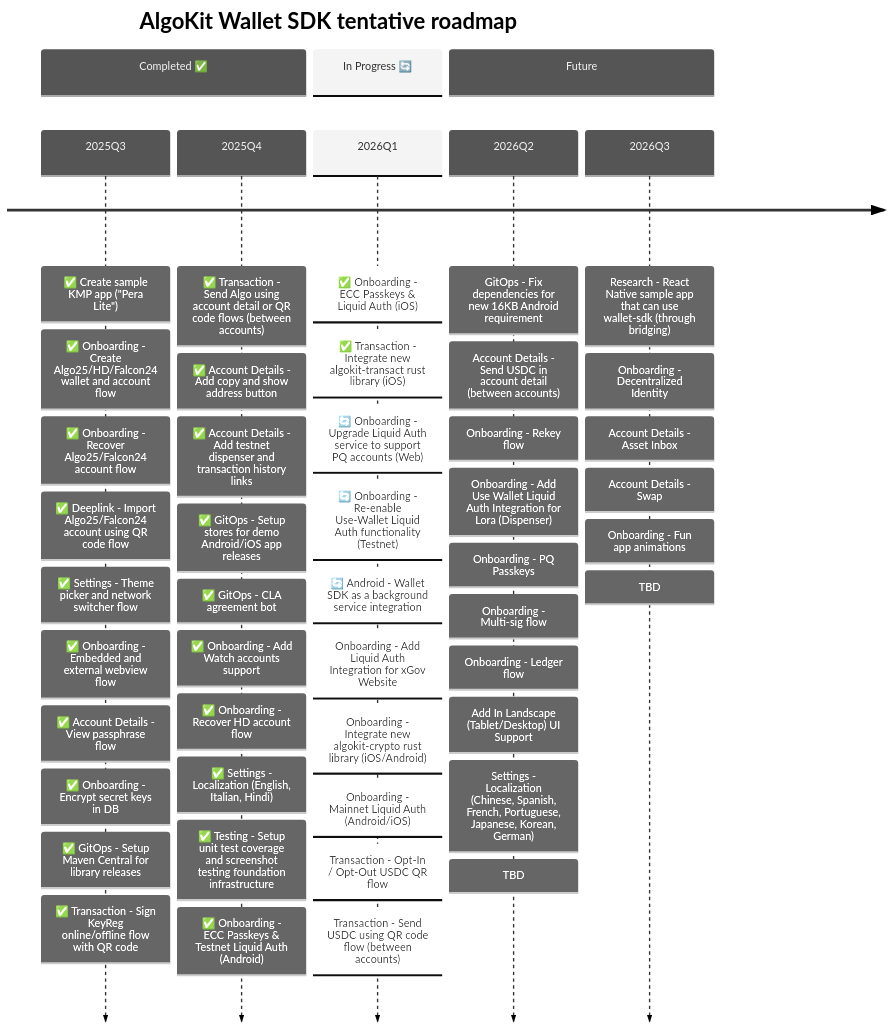
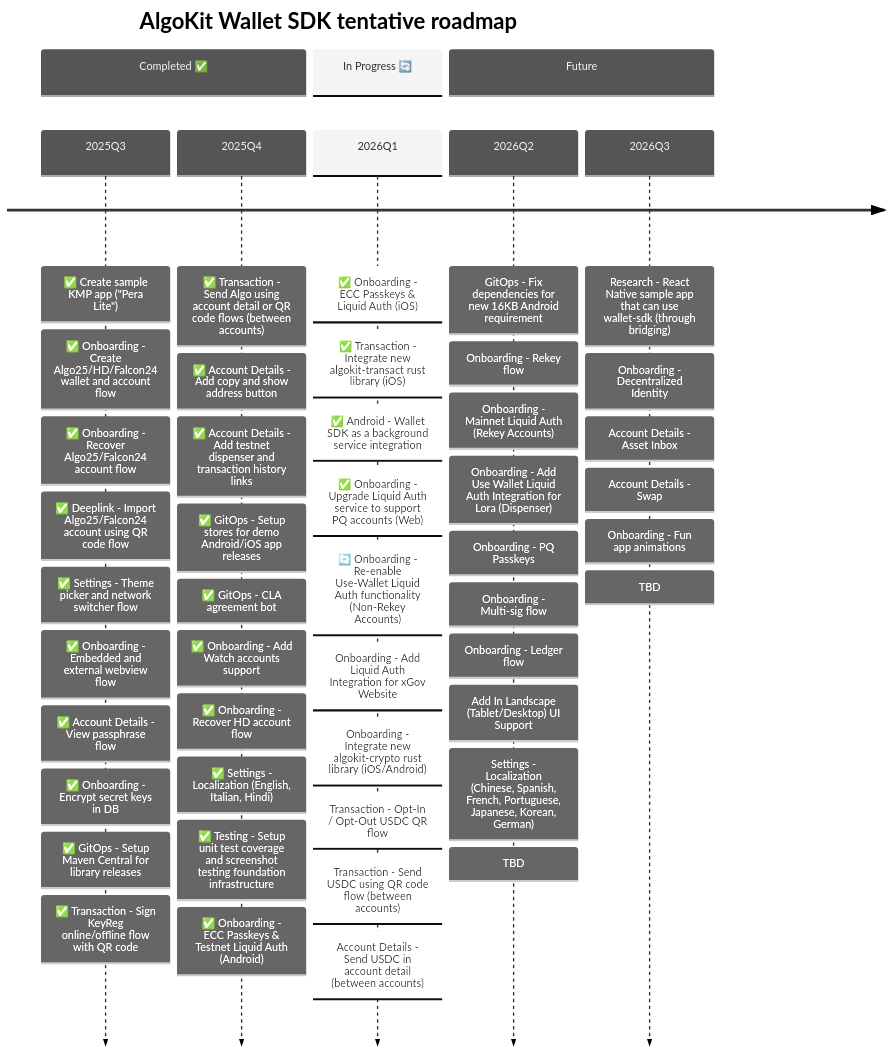
The second of 3 diagrams in README.md (michaeltchuangllc/algokit-walletsdk-kmp), drawn with Mermaid before and after one commit. The commit also changed 22 other files, not shown here.

Commit message:
feat: integrate service into composeDemoApp (Android) (#234)

````diff
--- a/README.md
+++ b/README.md
@@ -69,62 +69,62 @@
 ```mermaid
 ---
 config:
   theme: 'neutral'
 ---
 timeline
     title AlgoKit Wallet SDK tentative roadmap
 
     section Completed ✅
     2025Q3  : ✅ Create sample KMP app ("Pera Lite")
             : ✅ Onboarding - Create Algo25/HD/Falcon24 wallet and account flow
             : ✅ Onboarding - Recover Algo25/Falcon24 account flow
             : ✅ Deeplink - Import Algo25/Falcon24 account using QR code flow
             : ✅ Settings - Theme picker and network switcher flow
             : ✅ Onboarding - Embedded and external webview flow
             : ✅ Account Details - View passphrase flow
             : ✅ Onboarding - Encrypt secret keys in DB
             : ✅ GitOps - Setup Maven Central for library releases
             : ✅ Transaction - Sign KeyReg online/offline flow with QR code
 
     2025Q4  : ✅ Transaction - Send Algo using account detail or QR code flows (between accounts)
             : ✅ Account Details - Add copy and show address button
             : ✅ Account Details - Add testnet dispenser and transaction history links
             : ✅ GitOps - Setup stores for demo Android/iOS app releases
             : ✅ GitOps - CLA agreement bot
             : ✅ Onboarding - Add Watch accounts support
             : ✅ Onboarding - Recover HD account flow
             : ✅ Settings - Localization (English, Italian, Hindi)
             : ✅ Testing - Setup unit test coverage and screenshot testing foundation infrastructure
             : ✅ Onboarding - ECC Passkeys & Testnet Liquid Auth (Android)
 
     section In Progress 🔄
     2026Q1  : ✅ Onboarding - ECC Passkeys & Liquid Auth (iOS)
             : ✅ Transaction - Integrate new algokit-transact rust library (iOS)
-            : 🔄 Onboarding - Upgrade Liquid Auth service to support PQ accounts (Web)
-            : 🔄 Onboarding - Re-enable Use-Wallet Liquid Auth functionality (Testnet)
-            : 🔄 Android - Wallet SDK as a background service integration
+            : ✅ Android - Wallet SDK as a background service integration
+            : ✅ Onboarding - Upgrade Liquid Auth service to support PQ accounts (Web)
+            : 🔄 Onboarding - Re-enable Use-Wallet Liquid Auth functionality (Non-Rekey Accounts)
             : Onboarding - Add Liquid Auth Integration for xGov Website
             : Onboarding - Integrate new algokit-crypto rust library (iOS/Android)
-            : Onboarding - Mainnet Liquid Auth (Android/iOS)
             : Transaction - Opt-In / Opt-Out USDC QR flow
             : Transaction - Send USDC using QR code flow (between accounts)
+            : Account Details - Send USDC in account detail (between accounts)
 
     section Future
     2026Q2  : GitOps - Fix dependencies for new 16KB Android requirement
-            : Account Details - Send USDC in account detail (between accounts)
             : Onboarding - Rekey flow
+            : Onboarding - Mainnet Liquid Auth (Rekey Accounts)
             : Onboarding - Add Use Wallet Liquid Auth Integration for Lora (Dispenser)
             : Onboarding - PQ Passkeys
             : Onboarding - Multi-sig flow
             : Onboarding - Ledger flow
             : Add In Landscape (Tablet/Desktop) UI Support
             : Settings - Localization (Chinese, Spanish, French, Portuguese, Japanese, Korean, German)
             : TBD
     2026Q3
             : Research - React Native sample app that can use wallet-sdk (through bridging)
             : Onboarding - Decentralized Identity
             : Account Details - Asset Inbox
             : Account Details - Swap
             : Onboarding - Fun app animations
             : TBD
 ```
````
